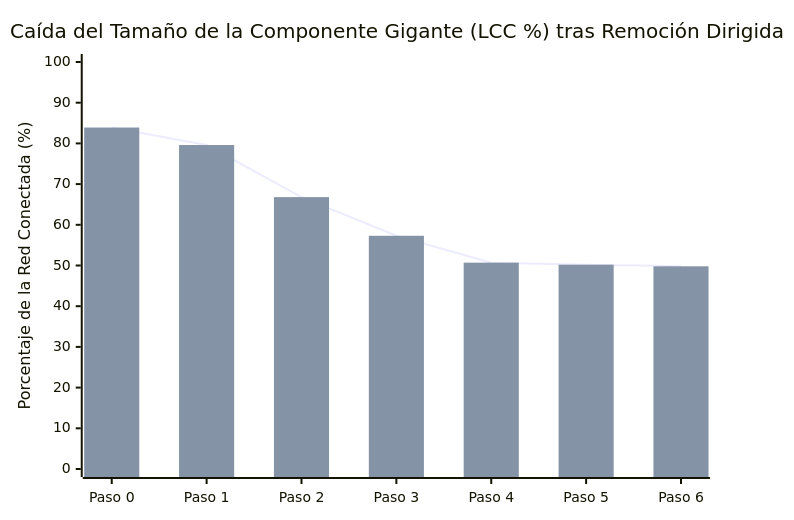
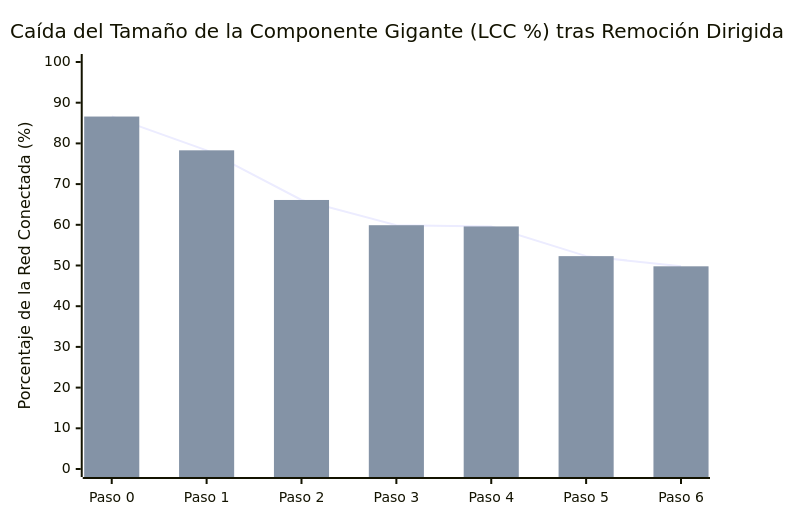
The diagram in 05_Vistas_Analiticas/Robustez_de_la_Red.md (0kamir/ftm-chile), drawn with Mermaid before and after one commit. The commit also changed other lines of this file and 437 other files, not shown here.

````diff
--- a/05_Vistas_Analiticas/Robustez_de_la_Red.md
+++ b/05_Vistas_Analiticas/Robustez_de_la_Red.md
@@ -25,8 +25,8 @@
 ```mermaid
 xychart-beta
   title "Caída del Tamaño de la Componente Gigante (LCC %) tras Remoción Dirigida"
   x-axis ["Paso 0", "Paso 1", "Paso 2", "Paso 3", "Paso 4", "Paso 5", "Paso 6"]
   y-axis "Porcentaje de la Red Conectada (%)" 0 --> 100
-  line [83.9, 79.6, 66.8, 57.3, 50.7, 50.2, 49.8]
-  bar [83.9, 79.6, 66.8, 57.3, 50.7, 50.2, 49.8]
+  line [86.6, 78.3, 66.1, 59.9, 59.6, 52.3, 49.8]
+  bar [86.6, 78.3, 66.1, 59.9, 59.6, 52.3, 49.8]
 ```
````
